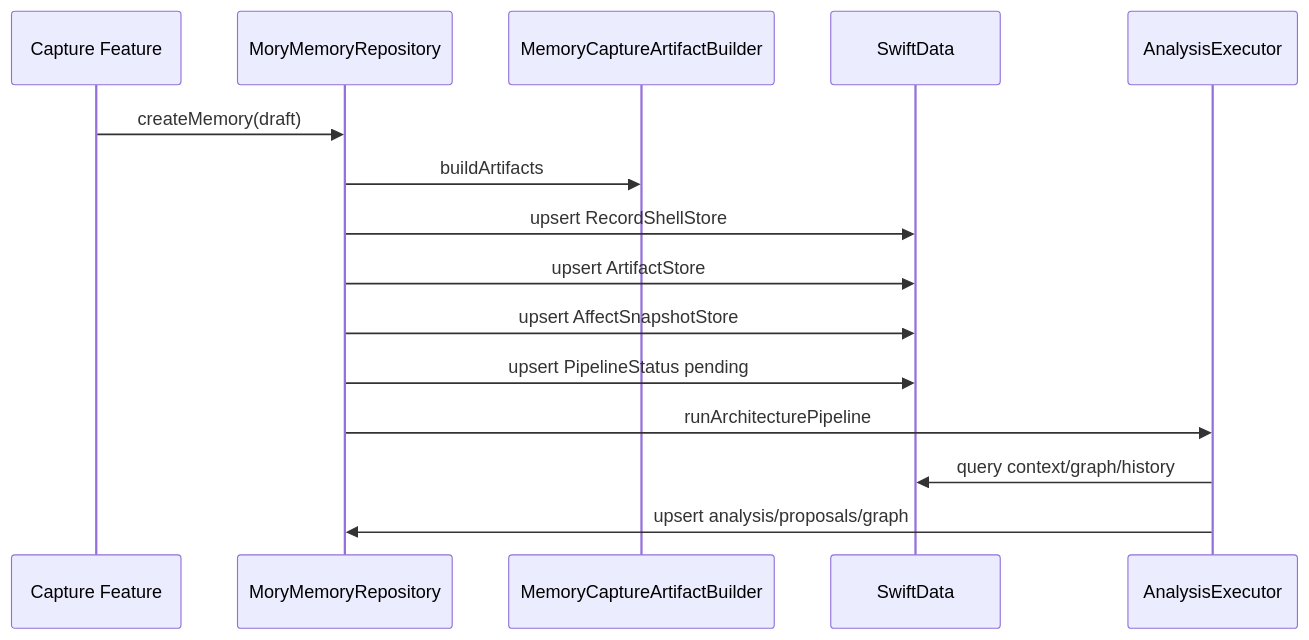
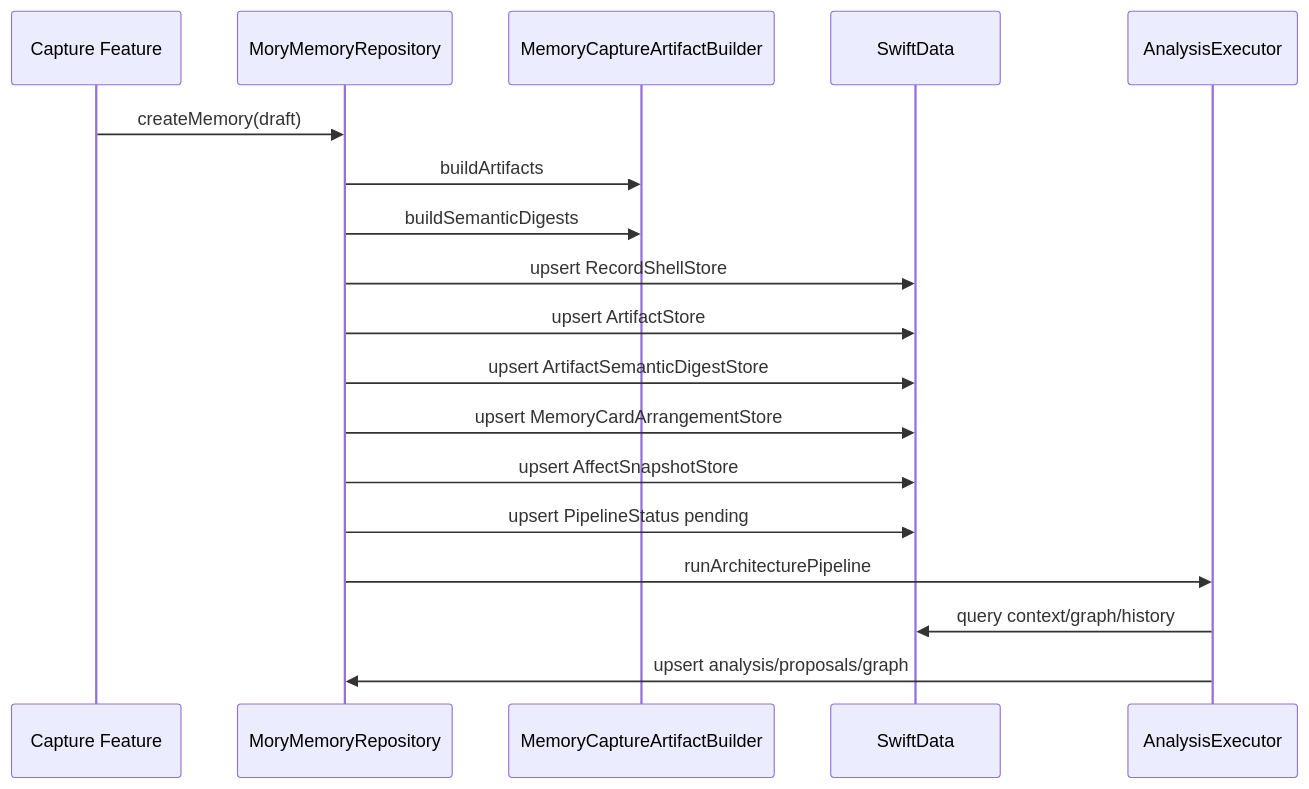
Before and after one commit to daaihang/sprout: the second of 3 diagrams in docs/mory_architecture_handbook_2026_05/04_persistence_repository_and_data_model_audit.md, drawn with Mermaid. The commit also changed 3 other files, not shown here.

Commit message:
Document record fact architecture

````diff
--- a/docs/mory_architecture_handbook_2026_05/04_persistence_repository_and_data_model_audit.md
+++ b/docs/mory_architecture_handbook_2026_05/04_persistence_repository_and_data_model_audit.md
@@ -97,18 +97,21 @@
 ```mermaid
 sequenceDiagram
     participant Feature as Capture Feature
     participant Repo as MoryMemoryRepository
     participant Builder as MemoryCaptureArtifactBuilder
     participant Store as SwiftData
     participant Pipe as AnalysisExecutor
 
     Feature->>Repo: createMemory(draft)
     Repo->>Builder: buildArtifacts
+    Repo->>Builder: buildSemanticDigests
     Repo->>Store: upsert RecordShellStore
     Repo->>Store: upsert ArtifactStore
+    Repo->>Store: upsert ArtifactSemanticDigestStore
+    Repo->>Store: upsert MemoryCardArrangementStore
     Repo->>Store: upsert AffectSnapshotStore
     Repo->>Store: upsert PipelineStatus pending
     Repo->>Pipe: runArchitecturePipeline
     Pipe->>Store: query context/graph/history
     Pipe->>Repo: upsert analysis/proposals/graph
 ```
````
